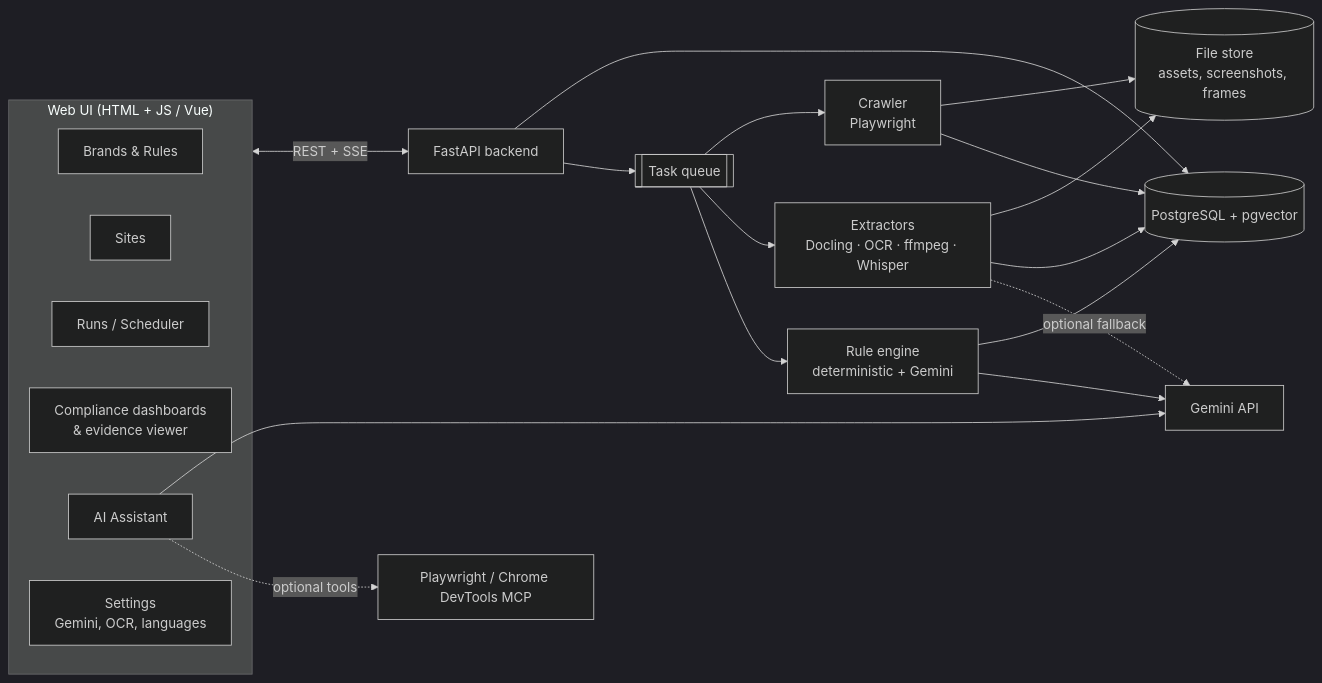
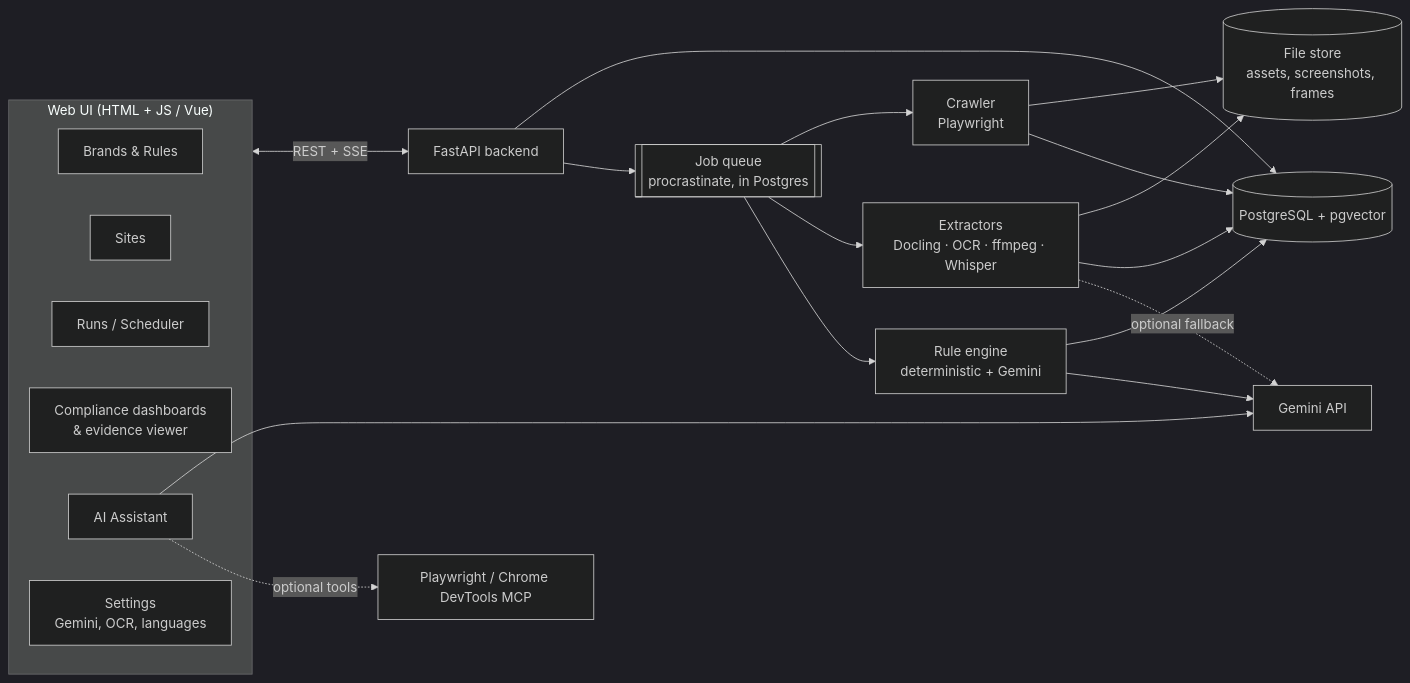
The diagram in docs/DESIGN.md (aisagark82/Marketing-review), drawn with Mermaid (dark theme) before and after one commit. The commit also changed other lines of this file, not shown here.

First line of the commit message:
Revise design to v0.3: AI Studio key, non-Latin brand forms, hidden/metadata scoring, Postgres queue, laptop deployment

````diff
--- a/docs/DESIGN.md
+++ b/docs/DESIGN.md
@@ -30,27 +42,27 @@
 ```mermaid
 flowchart LR
   subgraph UI["Web UI (HTML + JS / Vue)"]
     B[Brands & Rules]
     S[Sites]
     R[Runs / Scheduler]
     D[Compliance dashboards<br/>& evidence viewer]
     A[AI Assistant]
     ST[Settings<br/>Gemini, OCR, languages]
   end
 
   UI <-->|REST + SSE| API[FastAPI backend]
   API --> DB[(PostgreSQL + pgvector)]
-  API --> Q[[Task queue]]
+  API --> Q[[Job queue<br/>procrastinate, in Postgres]]
 
   Q --> C[Crawler<br/>Playwright]
   Q --> X[Extractors<br/>Docling · OCR · ffmpeg · Whisper]
   Q --> E[Rule engine<br/>deterministic + Gemini]
 
   C & X --> FS[(File store<br/>assets, screenshots, frames)]
   C & X & E --> DB
 
   E --> G[Gemini API]
   A --> G
   A -. optional tools .-> MCP[Playwright / Chrome DevTools MCP]
   X -. optional fallback .-> G
 ```
````
